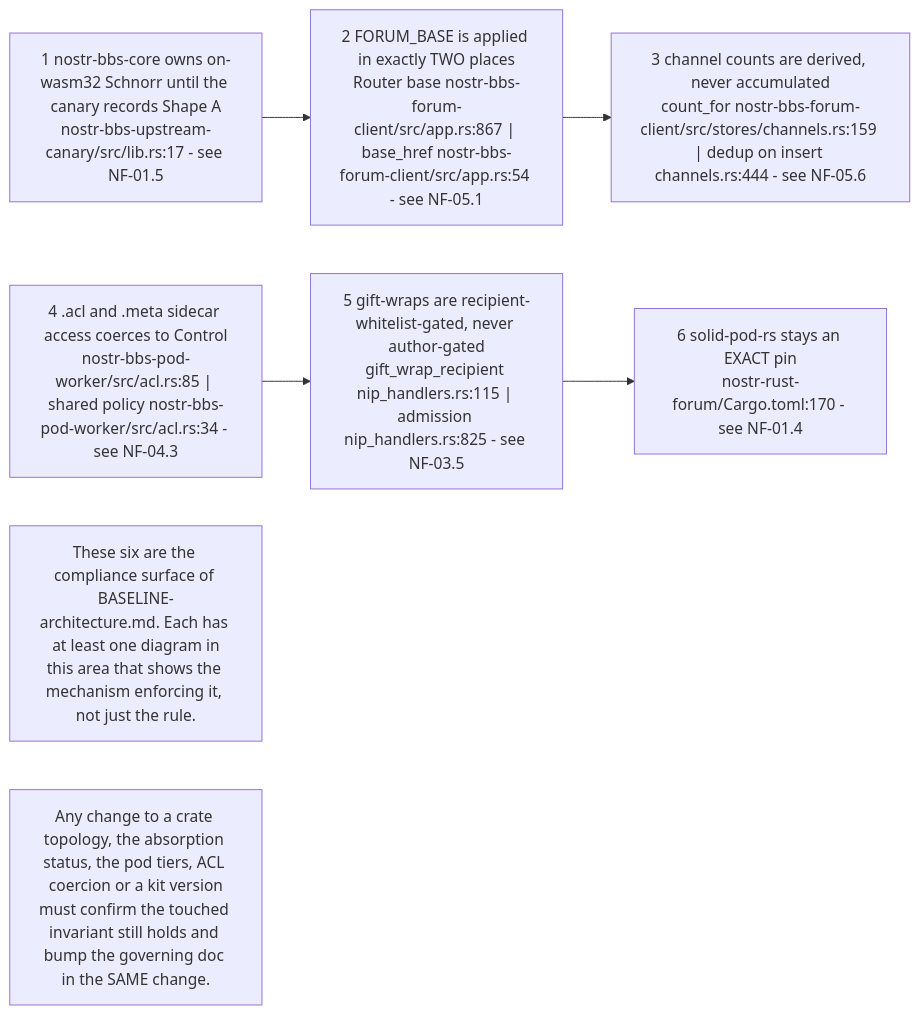
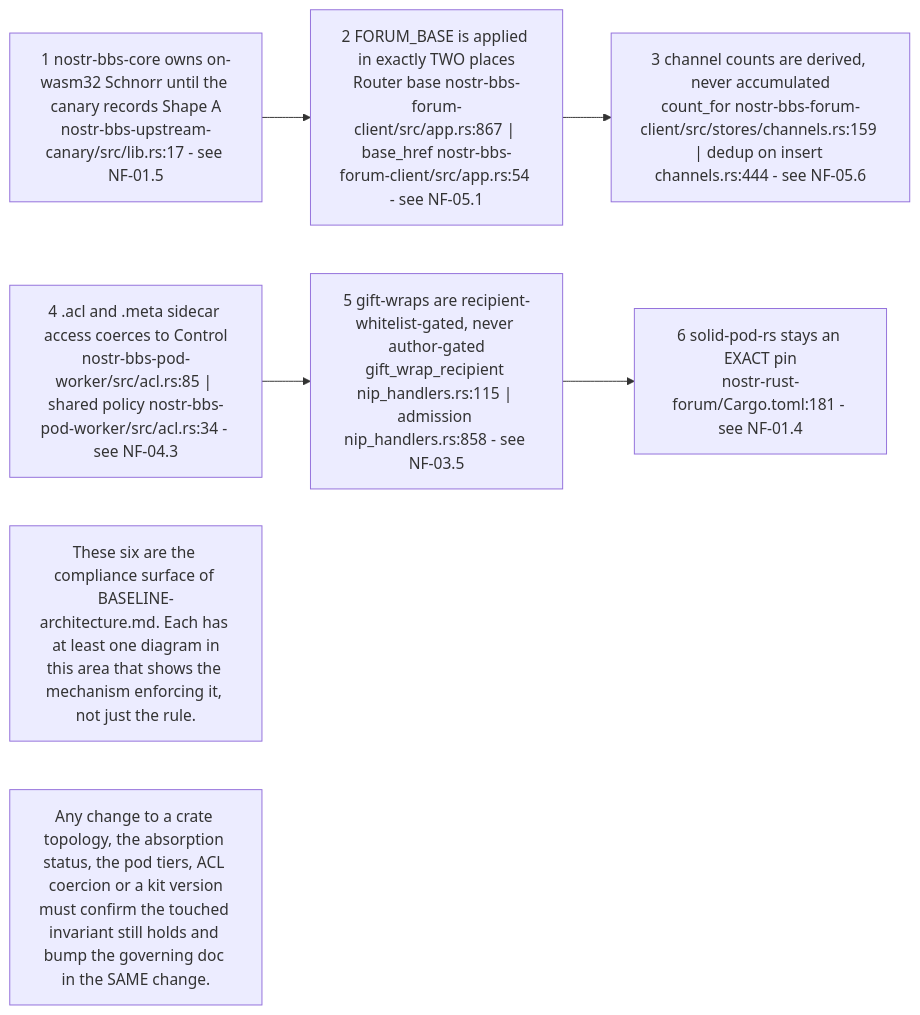
Before and after one commit to DreamLab-AI/VisionFlow: the first of 10 diagrams in docs/diagrams/nostr-rust-forum/10-invariants-and-anomaly-register.md, drawn with Mermaid. The commit also changed other lines of this file and 111 other files, not shown here.

Commit message:
docs(diagrams): align estate maps with current source

````diff
--- a/docs/diagrams/nostr-rust-forum/10-invariants-and-anomaly-register.md
+++ b/docs/diagrams/nostr-rust-forum/10-invariants-and-anomaly-register.md
@@ -55,15 +57,15 @@
 ```mermaid
 flowchart LR
     I1["1 nostr-bbs-core owns on-wasm32 Schnorr until the canary records Shape A<br/>nostr-bbs-upstream-canary/src/lib.rs:17 - see NF-01.5"]
     I2["2 FORUM_BASE is applied in exactly TWO places<br/>Router base nostr-bbs-forum-client/src/app.rs:867 | base_href nostr-bbs-forum-client/src/app.rs:54 - see NF-05.1"]
     I3["3 channel counts are derived, never accumulated<br/>count_for nostr-bbs-forum-client/src/stores/channels.rs:159 | dedup on insert channels.rs:444 - see NF-05.6"]
     I4["4 .acl and .meta sidecar access coerces to Control<br/>nostr-bbs-pod-worker/src/acl.rs:85 | shared policy nostr-bbs-pod-worker/src/acl.rs:34 - see NF-04.3"]
-    I5["5 gift-wraps are recipient-whitelist-gated, never author-gated<br/>gift_wrap_recipient nip_handlers.rs:115 | admission nip_handlers.rs:825 - see NF-03.5"]
-    I6["6 solid-pod-rs stays an EXACT pin<br/>nostr-rust-forum/Cargo.toml:170 - see NF-01.4"]
+    I5["5 gift-wraps are recipient-whitelist-gated, never author-gated<br/>gift_wrap_recipient nip_handlers.rs:115 | admission nip_handlers.rs:858 - see NF-03.5"]
+    I6["6 solid-pod-rs stays an EXACT pin<br/>nostr-rust-forum/Cargo.toml:181 - see NF-01.4"]
 
     I1 --> I2 --> I3
     I4 --> I5 --> I6
 
     N1["These six are the compliance surface of BASELINE-architecture.md. Each has at least one diagram in<br/>this area that shows the mechanism enforcing it, not just the rule."]
     N2["Any change to a crate topology, the absorption status, the pod tiers, ACL coercion or a kit version<br/>must confirm the touched invariant still holds and bump the governing doc in the SAME change."]
 ```
````
